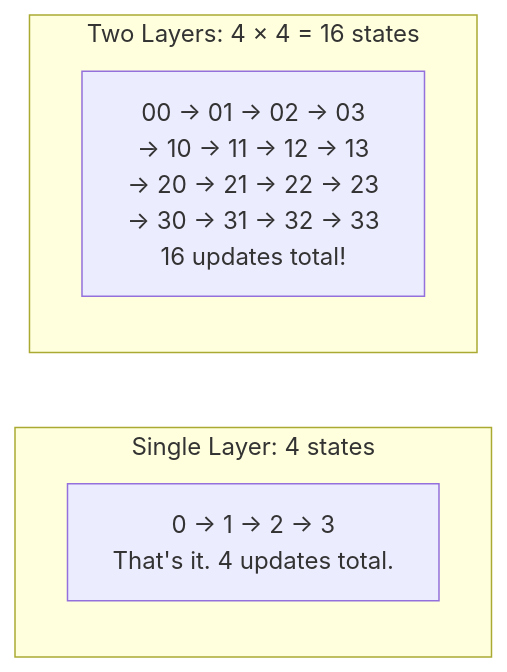
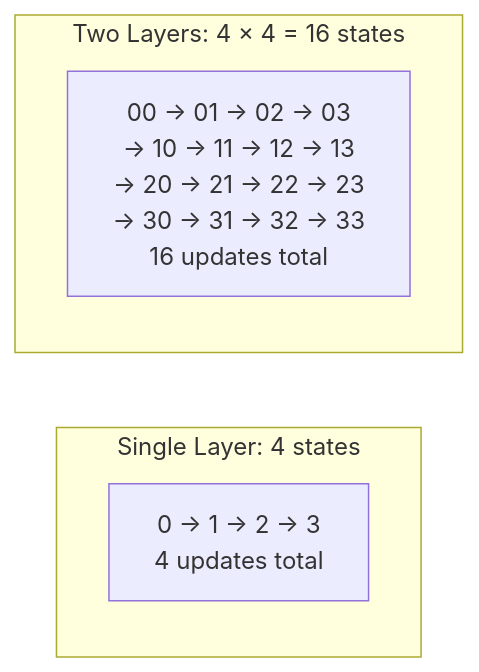
Before and after one commit to 8144225309/superscalar-docs: the first of 2 diagrams in core-concepts/the-odometer-counter.md, drawn with Mermaid. The commit also changed other lines of this file and 31 other files, not shown here.

````diff
--- a/core-concepts/the-odometer-counter.md
+++ b/core-concepts/the-odometer-counter.md
@@ -15,10 +15,10 @@
 ```mermaid
 graph LR
     subgraph "Single Layer: 4 states"
-        SL["0 → 1 → 2 → 3<br/>That's it. 4 updates total."]
+        SL["0 → 1 → 2 → 3<br/>4 updates total"]
     end
 
     subgraph "Two Layers: 4 × 4 = 16 states"
-        TL["00 → 01 → 02 → 03<br/>→ 10 → 11 → 12 → 13<br/>→ 20 → 21 → 22 → 23<br/>→ 30 → 31 → 32 → 33<br/>16 updates total!"]
+        TL["00 → 01 → 02 → 03<br/>→ 10 → 11 → 12 → 13<br/>→ 20 → 21 → 22 → 23<br/>→ 30 → 31 → 32 → 33<br/>16 updates total"]
     end
 ```
````
